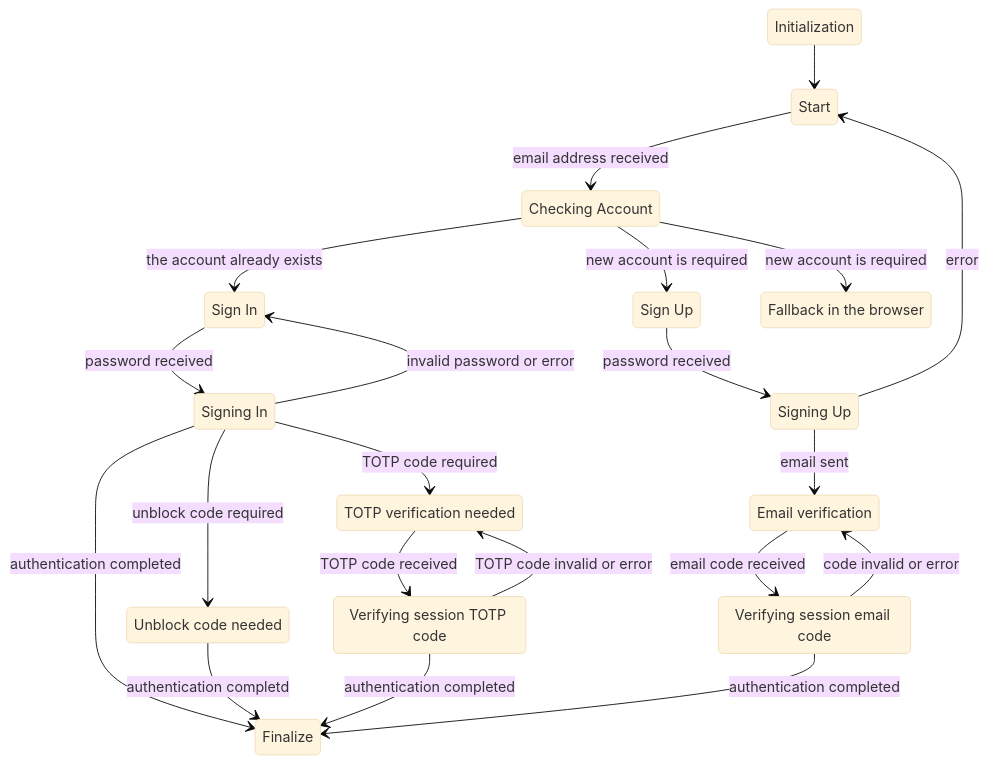
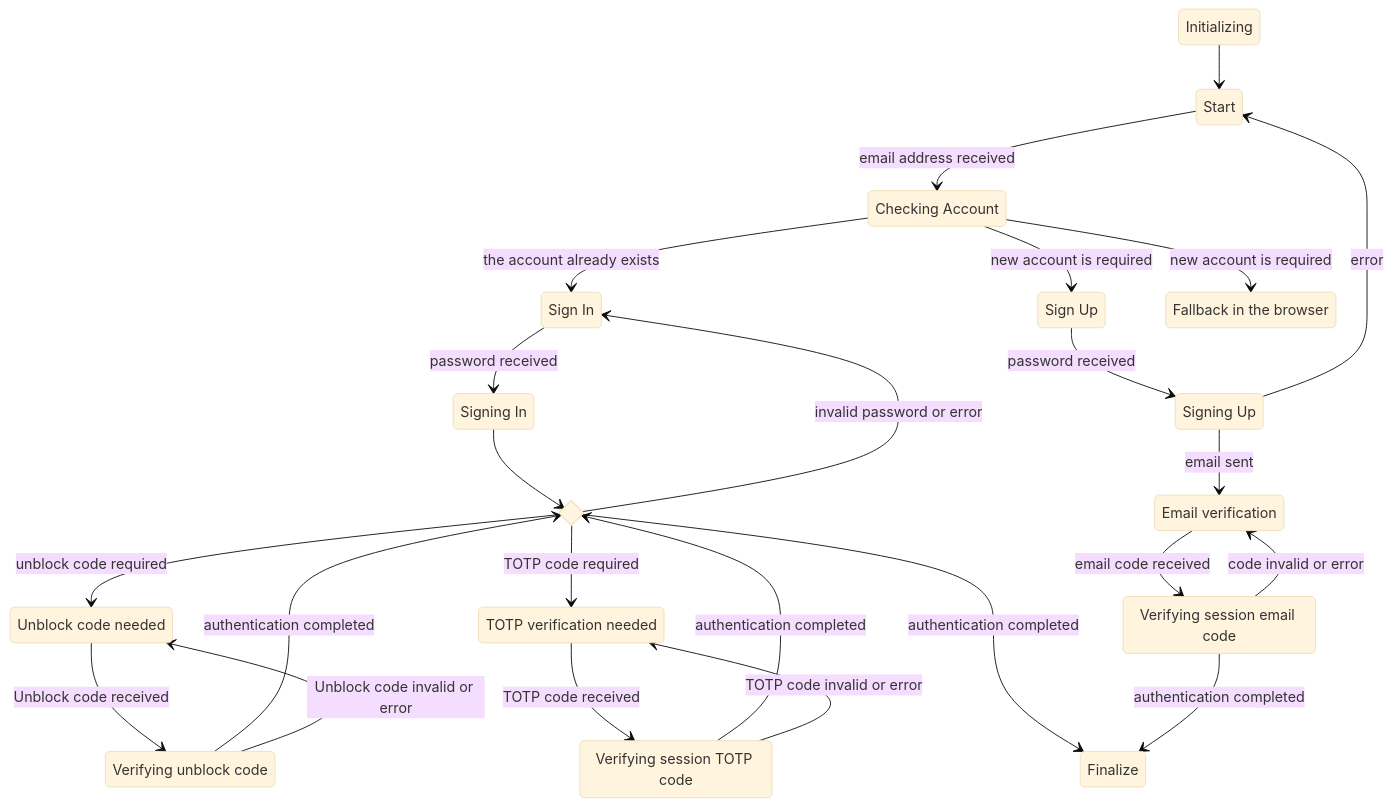
The diagram in docs/authentication-in-app.md (mozilla-mobile/mozilla-vpn-client), drawn with Mermaid (base theme) before and after one commit. The commit also changed other lines of this file and 8 other files, not shown here.

Commit message:
Validation code error exposed for Auth-In-App, plus unblock-code-verification state

````diff
--- a/docs/authentication-in-app.md
+++ b/docs/authentication-in-app.md
@@ -271,36 +289,41 @@
 ```mermaid
 stateDiagram-v2
   Start: Start
   CheckingAccount: Checking Account
   SignIn: Sign In
   SignUp: Sign Up
   Fallback: Fallback in the browser
   SigningIn: Signing In
   SigningUp: Signing Up
   UnblockCodeNeeded: Unblock code needed
+  VerifyingUnblockCode: Verifying unblock code
   TOTPVerificationNeeded: TOTP verification needed
   VerifyingSessionTOTPCode: Verifying session TOTP code
   EmailVerification: Email verification
   VerifyingSessionEmailCode: Verifying session email code
+  state signing_results <<choice>>
 
-  Initialization --> Start
+  Initializing --> Start
   Start --> CheckingAccount: email address received
   CheckingAccount --> SignIn: the account already exists
   CheckingAccount --> SignUp: new account is required
   CheckingAccount --> Fallback: new account is required
   SignIn --> SigningIn: password received
-  SigningIn --> SignIn: invalid password or error
-  SigningIn --> UnblockCodeNeeded: unblock code required
-  SigningIn --> TOTPVerificationNeeded: TOTP code required
-  SigningIn --> Finalize: authentication completed
-  UnblockCodeNeeded --> Finalize: authentication completd
+  SigningIn --> signing_results
+  signing_results --> SignIn: invalid password or error
+  signing_results --> UnblockCodeNeeded: unblock code required
+  signing_results --> TOTPVerificationNeeded: TOTP code required
+  signing_results --> Finalize: authentication completed
+  UnblockCodeNeeded --> VerifyingUnblockCode: Unblock code received
+  VerifyingUnblockCode --> signing_results: authentication completed
+  VerifyingUnblockCode --> UnblockCodeNeeded: Unblock code invalid or error
   TOTPVerificationNeeded --> VerifyingSessionTOTPCode: TOTP code received
-  VerifyingSessionTOTPCode --> Finalize: authentication completed
+  VerifyingSessionTOTPCode --> signing_results: authentication completed
   VerifyingSessionTOTPCode --> TOTPVerificationNeeded: TOTP code invalid or error
   SignUp --> SigningUp: password received
   SigningUp --> EmailVerification: email sent
   SigningUp --> Start: error
   EmailVerification --> VerifyingSessionEmailCode: email code received
   VerifyingSessionEmailCode --> Finalize: authentication completed
   VerifyingSessionEmailCode --> EmailVerification: code invalid or error
 ```
````
